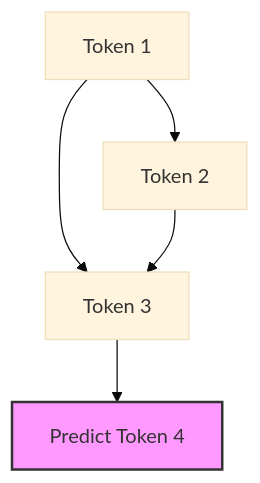
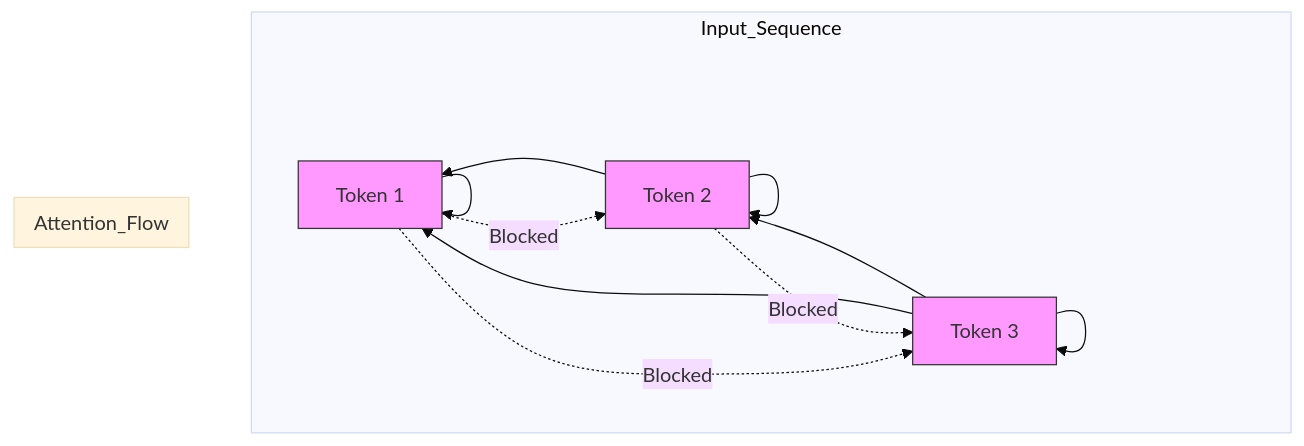
One commit to MyCookie/cs601 changed the diagram in textbook/part1/chapter1/section2.md. Above: the diagram before and after it, drawn with Mermaid (base theme). The commit also changed other lines of this file, not shown here.

````diff
--- a/textbook/part1/chapter1/section2.md
+++ b/textbook/part1/chapter1/section2.md
@@ -28,8 +30,25 @@
 ```mermaid
 graph TD
-    A[Token 1] --> B[Token 2]
-    A --> C[Token 3]
-    B --> C[Token 3]
-    C --> D[Predict Token 4]
-    style D fill:#f9f,stroke:#333,stroke-width:2px
+    subgraph Input_Sequence
+        T1[Token 1]
+        T2[Token 2]
+        T3[Token 3]
+    end
+
+    subgraph Attention_Flow
+        T1 --> T1
+        T2 --> T1
+        T2 --> T2
+        T3 --> T1
+        T3 --> T2
+        T3 --> T3
+    end
+
+    T1 -.->|Blocked| T2
+    T1 -.->|Blocked| T3
+    T2 -.->|Blocked| T3
+
+    style T1 fill:#f9f,stroke:#333
+    style T2 fill:#f9f,stroke:#333
+    style T3 fill:#f9f,stroke:#333
 ```
````
